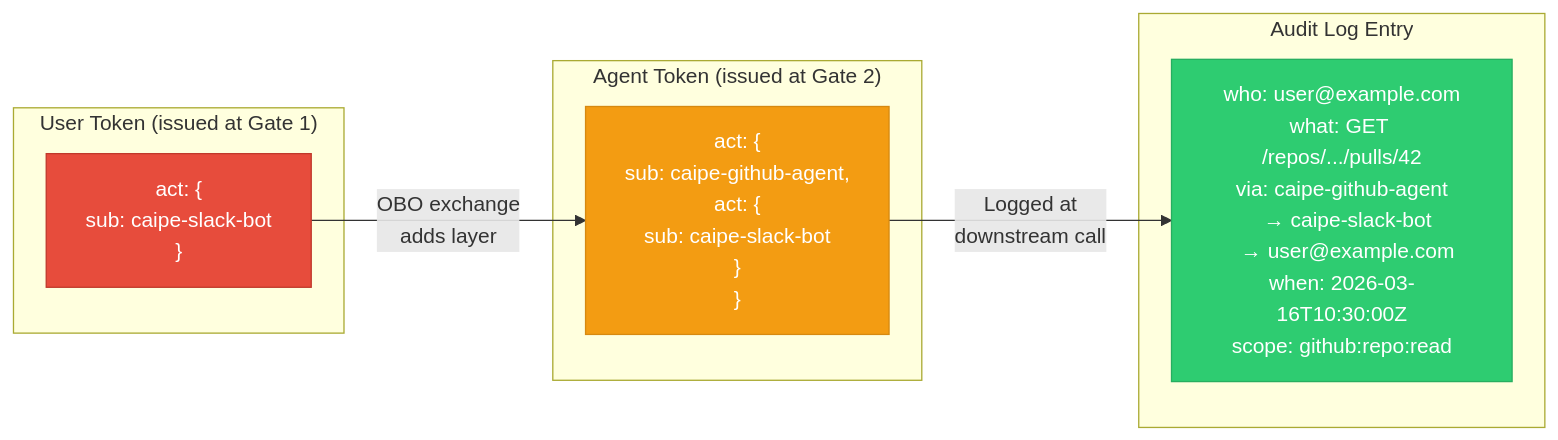
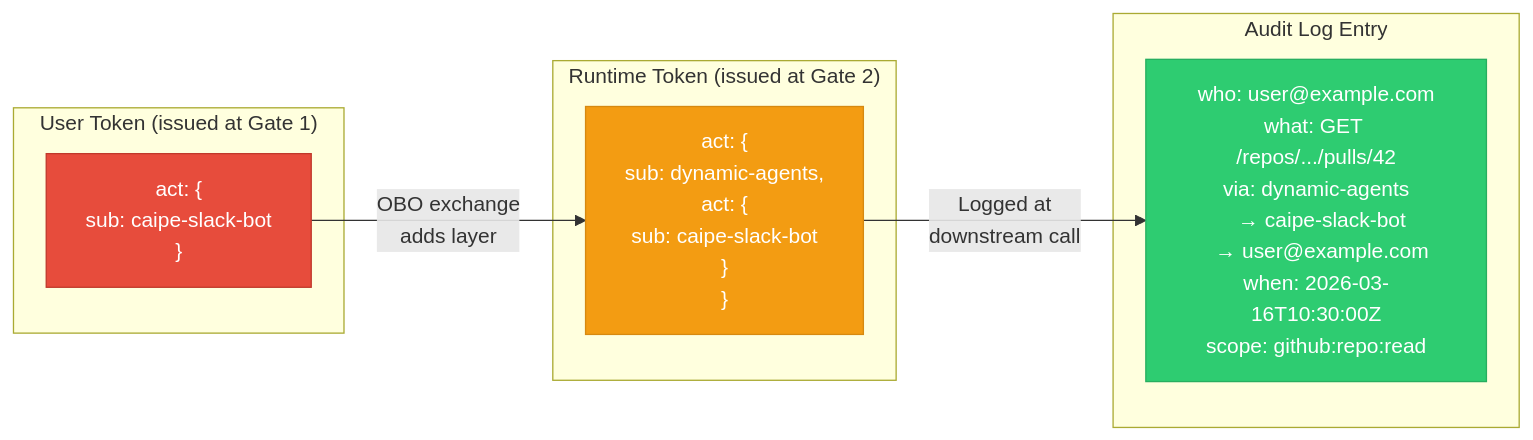
The ninth of 10 diagrams in docs/docs/architecture/slack-bot-authorization.md (cnoe-io/ai-platform-engineering), drawn with Mermaid before and after one commit. The commit also changed other lines of this file and 252 other files, not shown here.

````diff
--- a/docs/docs/architecture/slack-bot-authorization.md
+++ b/docs/docs/architecture/slack-bot-authorization.md
@@ -455,21 +455,21 @@
 ```mermaid
 graph LR
     subgraph "User Token (issued at Gate 1)"
         J1["act: {<br/>  sub: caipe-slack-bot<br/>}"]
     end
 
-    subgraph "Agent Token (issued at Gate 2)"
-        J2["act: {<br/>  sub: caipe-github-agent,<br/>  act: {<br/>    sub: caipe-slack-bot<br/>  }<br/>}"]
+    subgraph "Runtime Token (issued at Gate 2)"
+        J2["act: {<br/>  sub: dynamic-agents,<br/>  act: {<br/>    sub: caipe-slack-bot<br/>  }<br/>}"]
     end
 
     subgraph "Audit Log Entry"
-        J3["who: user@example.com<br/>what: GET /repos/.../pulls/42<br/>via: caipe-github-agent<br/>  → caipe-slack-bot<br/>  → user@example.com<br/>when: 2026-03-16T10:30:00Z<br/>scope: github:repo:read"]
+        J3["who: user@example.com<br/>what: GET /repos/.../pulls/42<br/>via: dynamic-agents<br/>  → caipe-slack-bot<br/>  → user@example.com<br/>when: 2026-03-16T10:30:00Z<br/>scope: github:repo:read"]
     end
 
     J1 -->|"OBO exchange<br/>adds layer"| J2
     J2 -->|"Logged at<br/>downstream call"| J3
 
     style J1 fill:#e74c3c,color:#fff,stroke:#c0392b
     style J2 fill:#f39c12,color:#fff,stroke:#d68910
     style J3 fill:#2ecc71,color:#fff,stroke:#27ae60
 ```
````
